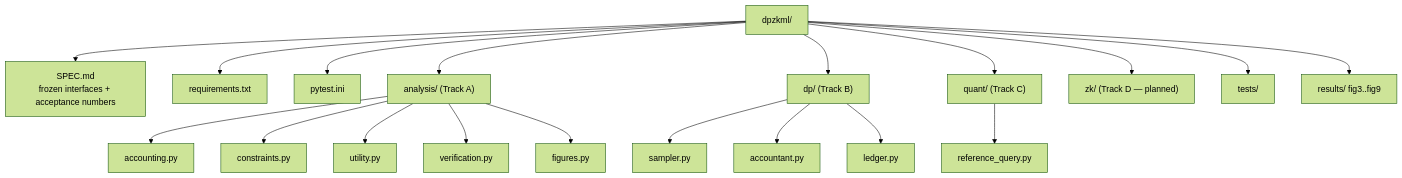
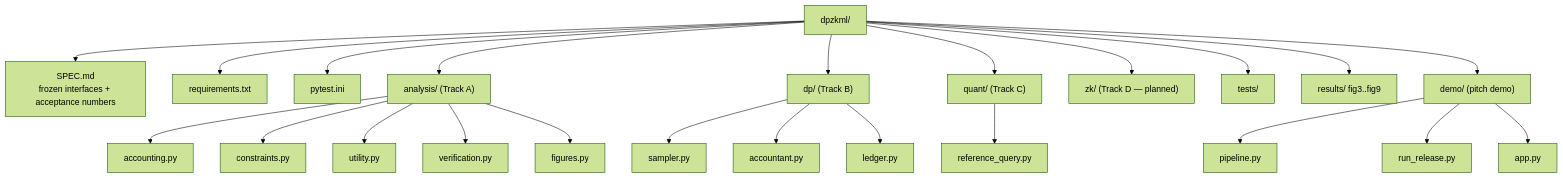
Before and after one commit to tanaymitra54/zKML: the seventh of 13 diagrams in README.md, drawn with Mermaid (forest theme). The commit also changed other lines of this file and 20 other files, not shown here.

````diff
--- a/README.md
+++ b/README.md
@@ -236,25 +236,30 @@
 ```mermaid
 graph TD
     ROOT["dpzkml/"]
     ROOT --> SPEC["SPEC.md<br/>frozen interfaces + acceptance numbers"]
     ROOT --> REQ["requirements.txt"]
     ROOT --> PYTEST["pytest.ini"]
     ROOT --> A["analysis/  (Track A)"]
     ROOT --> B["dp/  (Track B)"]
     ROOT --> C["quant/  (Track C)"]
     ROOT --> Z["zk/  (Track D — planned)"]
     ROOT --> T["tests/"]
     ROOT --> RES["results/  fig3..fig9"]
+    ROOT --> DEMO["demo/  (pitch demo)"]
+
+    DEMO --> D1["pipeline.py"]
+    DEMO --> D2["run_release.py"]
+    DEMO --> D3["app.py"]
 
     A --> A1["accounting.py"]
     A --> A2["constraints.py"]
     A --> A3["utility.py"]
     A --> A4["verification.py"]
     A --> A5["figures.py"]
 
     B --> B1["sampler.py"]
     B --> B2["accountant.py"]
     B --> B3["ledger.py"]
 
     C --> C1["reference_query.py"]
 ```
````
